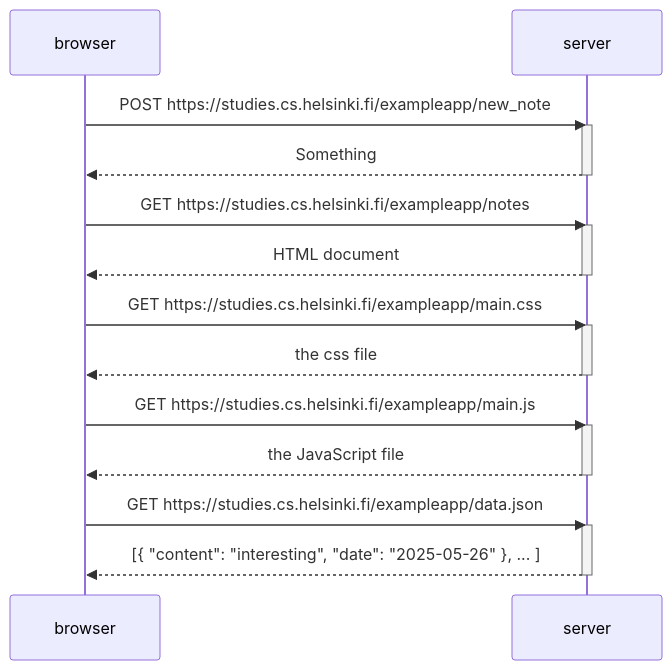
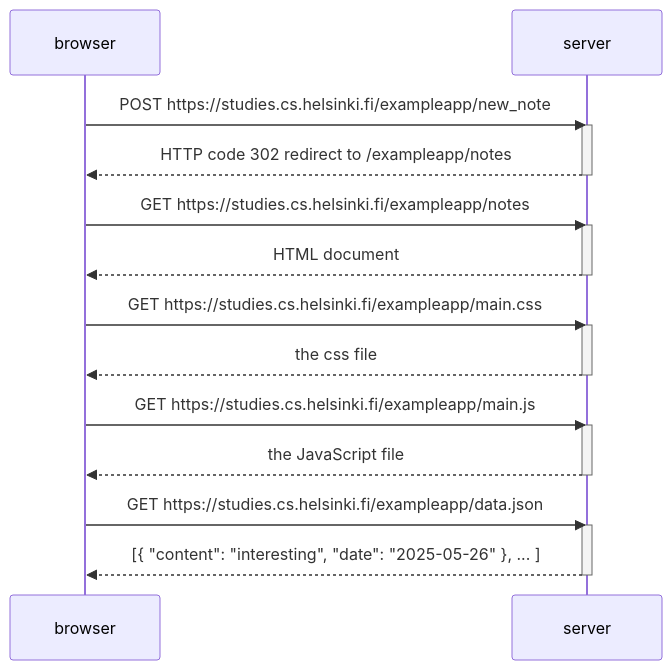
The diagram in part0/0.4.md (akashrandhawa00/full-stack), drawn with Mermaid before and after one commit.

````diff
--- a/part0/0.4.md
+++ b/part0/0.4.md
@@ -1,32 +1,32 @@
 ```mermaid
 
     sequenceDiagram
     participant browser
     participant server
 
     browser->>server: POST https://studies.cs.helsinki.fi/exampleapp/new_note
     activate server
-    server-->>browser: Something
+    server-->>browser: HTTP code 302 redirect to /exampleapp/notes
     deactivate server
 
 
     browser->>server: GET https://studies.cs.helsinki.fi/exampleapp/notes
     activate server
     server-->>browser: HTML document
     deactivate server
 
     browser->>server: GET https://studies.cs.helsinki.fi/exampleapp/main.css
     activate server
     server-->>browser: the css file
     deactivate server
 
     browser->>server: GET https://studies.cs.helsinki.fi/exampleapp/main.js
     activate server
     server-->>browser: the JavaScript file
     deactivate server
 
     browser->>server: GET https://studies.cs.helsinki.fi/exampleapp/data.json
     activate server
     server-->>browser: [{ "content": "interesting", "date": "2025-05-26" }, ... ]
     deactivate server
 ```
````
